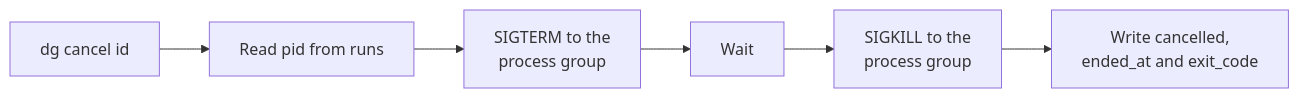
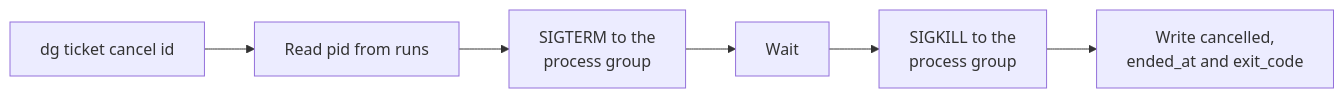
Before and after one commit to alcubie/delegator: the third of 3 diagrams in docs/RUN_CONTROL.md, drawn with Mermaid. The commit also changed other lines of this file and 14 other files, not shown here.

````diff
--- a/docs/RUN_CONTROL.md
+++ b/docs/RUN_CONTROL.md
@@ -333,8 +333,8 @@
 ```mermaid
 flowchart LR
-    C["dg cancel id"] --> P["Read pid from runs"]
+    C["dg ticket cancel id"] --> P["Read pid from runs"]
     P --> T["SIGTERM to the<br>process group"]
     T --> W["Wait"]
     W --> K["SIGKILL to the<br>process group"]
     K --> S["Write cancelled,<br>ended_at and exit_code"]
 ```
````
